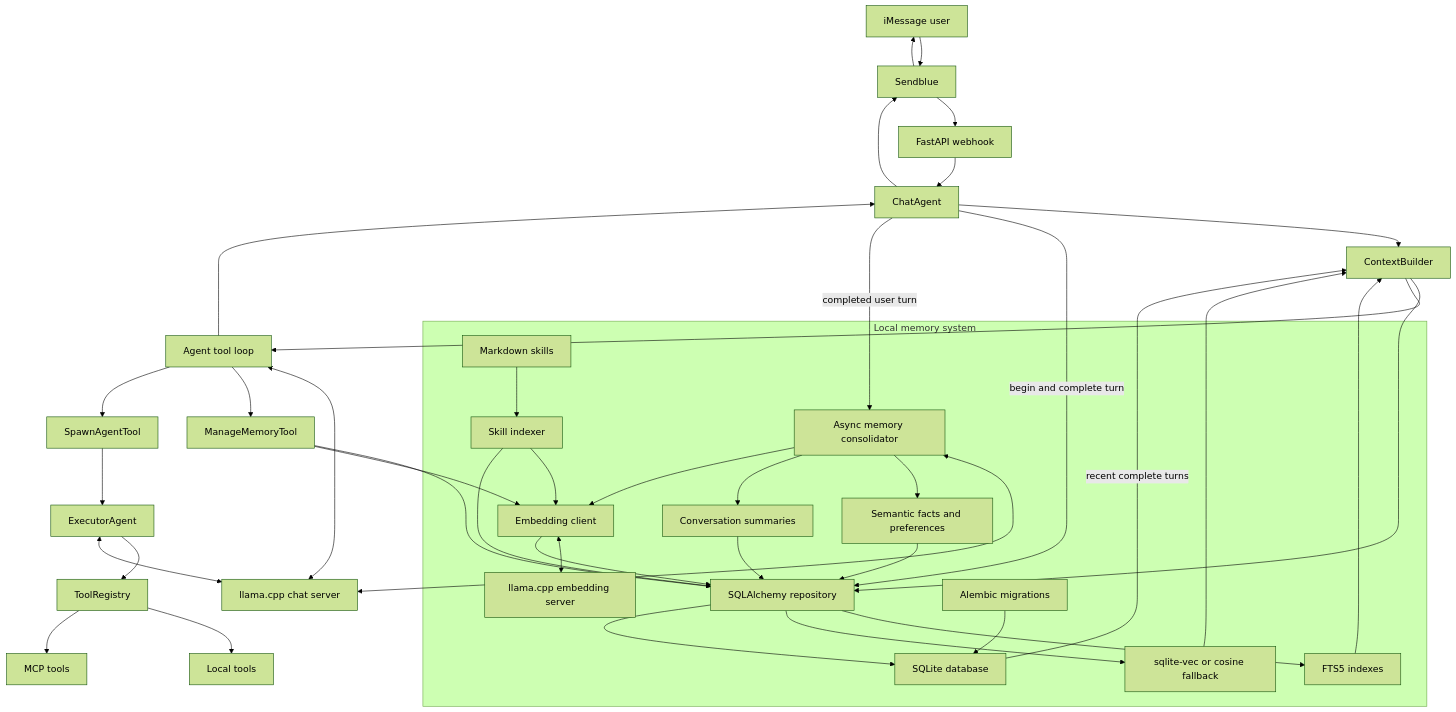
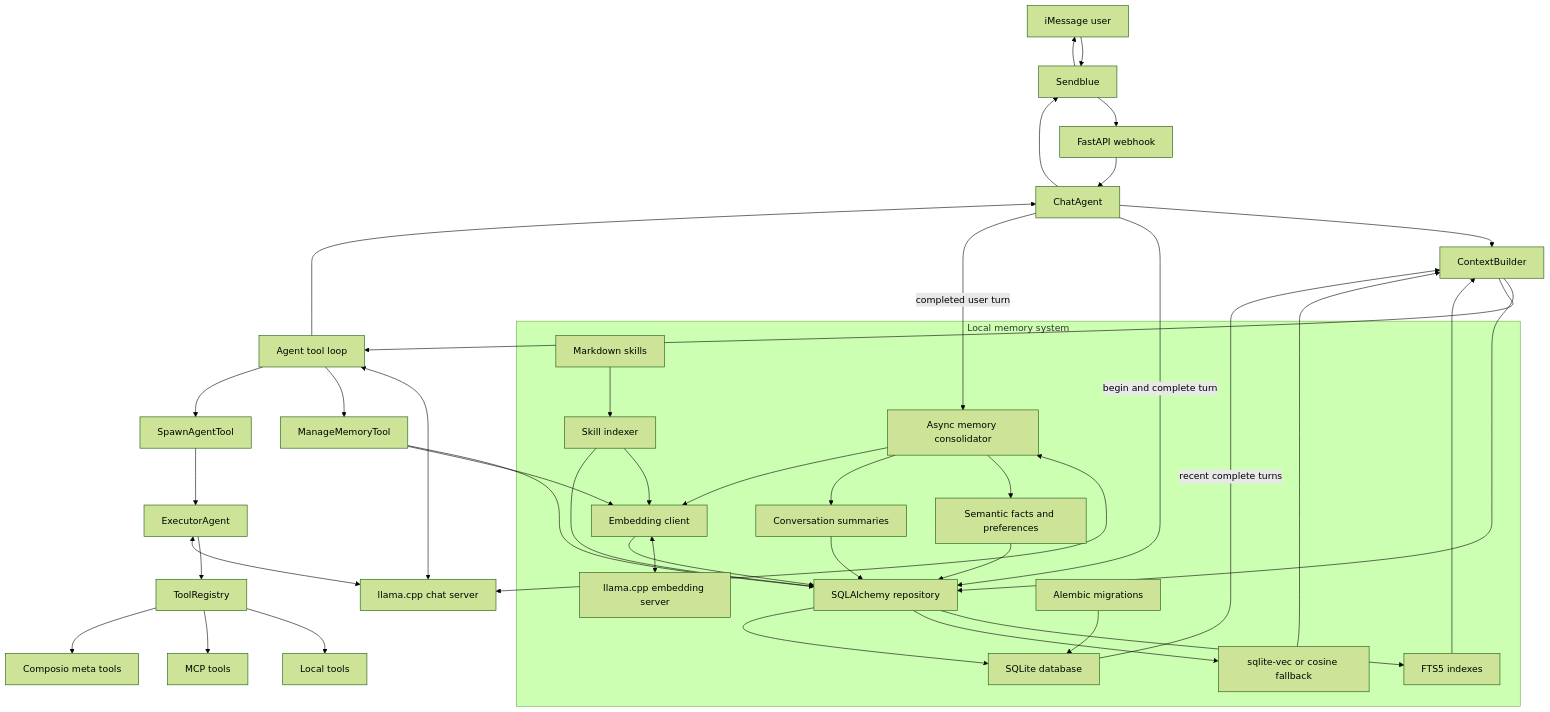
The first of 2 diagrams in docs/architecture.md (jamesshah/baka-agent), drawn with Mermaid (forest theme) before and after one commit. The commit also changed other lines of this file and 19 other files, not shown here.

````diff
--- a/docs/architecture.md
+++ b/docs/architecture.md
@@ -3,72 +3,74 @@
 ```mermaid
 flowchart TB
     User[iMessage user]
     Sendblue[Sendblue]
     Webhook["FastAPI webhook"]
     ChatAgent[ChatAgent]
     ContextBuilder[ContextBuilder]
     ToolLoop[Agent tool loop]
     ChatModel["llama.cpp chat server"]
     MemoryTool[ManageMemoryTool]
     SpawnTool[SpawnAgentTool]
     Executor[ExecutorAgent]
     Registry[ToolRegistry]
     LocalTools[Local tools]
     McpTools[MCP tools]
+    ComposioTools[Composio meta tools]
 
     subgraph memorySystem [Local memory system]
         Repository["SQLAlchemy repository"]
         SQLite["SQLite database"]
         FTS["FTS5 indexes"]
         VectorSearch["sqlite-vec or cosine fallback"]
         Consolidator["Async memory consolidator"]
         Summaries["Conversation summaries"]
         Semantic["Semantic facts and preferences"]
         Skills["Markdown skills"]
         SkillIndexer[Skill indexer]
         EmbeddingClient[Embedding client]
         EmbeddingModel["llama.cpp embedding server"]
         Alembic[Alembic migrations]
     end
 
     User --> Sendblue
     Sendblue --> Webhook
     Webhook --> ChatAgent
     ChatAgent --> ContextBuilder
     ContextBuilder --> Repository
     Repository --> FTS
     Repository --> VectorSearch
     FTS --> ContextBuilder
     VectorSearch --> ContextBuilder
     ContextBuilder --> ToolLoop
     ToolLoop <--> ChatModel
     ToolLoop --> MemoryTool
     MemoryTool --> Repository
     ToolLoop --> SpawnTool
     SpawnTool --> Executor
     Executor --> Registry
     Registry --> LocalTools
     Registry --> McpTools
+    Registry --> ComposioTools
     Executor <--> ChatModel
     ToolLoop --> ChatAgent
     ChatAgent --> Sendblue
     Sendblue --> User
 
     ChatAgent -->|"begin and complete turn"| Repository
     Repository --> SQLite
     SQLite -->|"recent complete turns"| ContextBuilder
     ChatAgent -->|"completed user turn"| Consolidator
     Consolidator <--> ChatModel
     Consolidator --> Semantic
     Consolidator --> Summaries
     Semantic --> Repository
     Summaries --> Repository
     Consolidator --> EmbeddingClient
     MemoryTool --> EmbeddingClient
     SkillIndexer --> EmbeddingClient
     EmbeddingClient <--> EmbeddingModel
     EmbeddingClient --> Repository
     Skills --> SkillIndexer
     SkillIndexer --> Repository
     Alembic --> SQLite
 ```
````
